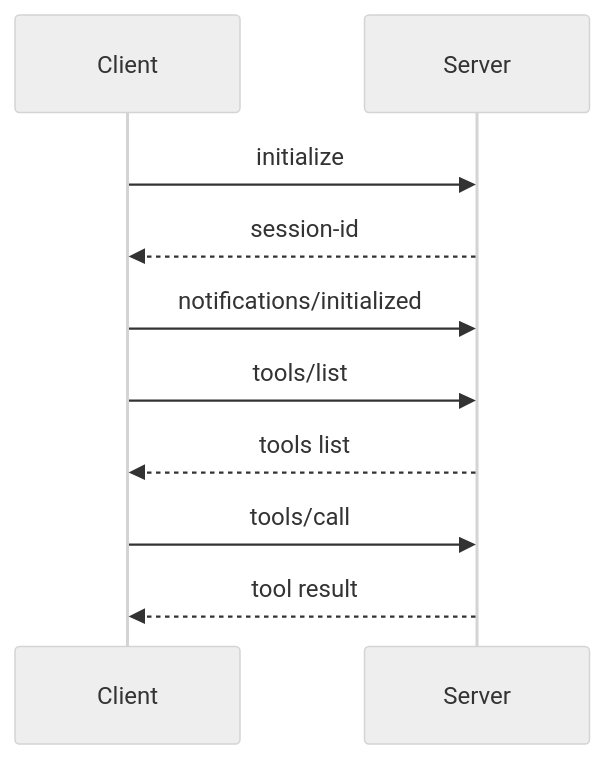
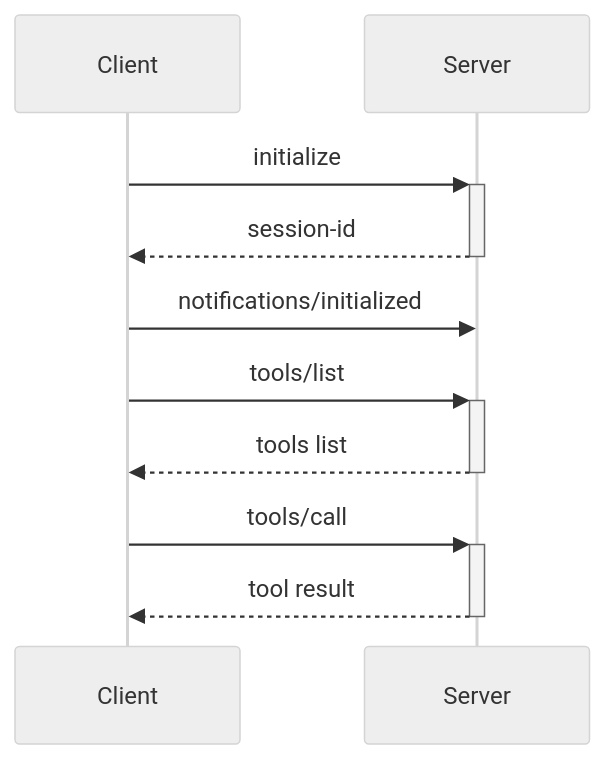
The diagram in README.md (sco3/curl-mcp-streamable-http-test), drawn with Mermaid (neutral theme) before and after one commit.

````diff
--- a/README.md
+++ b/README.md
@@ -78,13 +78,13 @@
 ```mermaid
 sequenceDiagram
     participant Client
     participant Server
     
-    Client->>Server: initialize
-    Server-->>Client: session-id
+    Client->>+Server: initialize
+    Server-->>-Client: session-id
     Client->>Server: notifications/initialized
-    Client->>Server: tools/list
-    Server-->>Client: tools list
-    Client->>Server: tools/call
-    Server-->>Client: tool result
+    Client->>+Server: tools/list
+    Server-->>-Client: tools list
+    Client->>+Server: tools/call
+    Server-->>-Client: tool result
 ```
````
